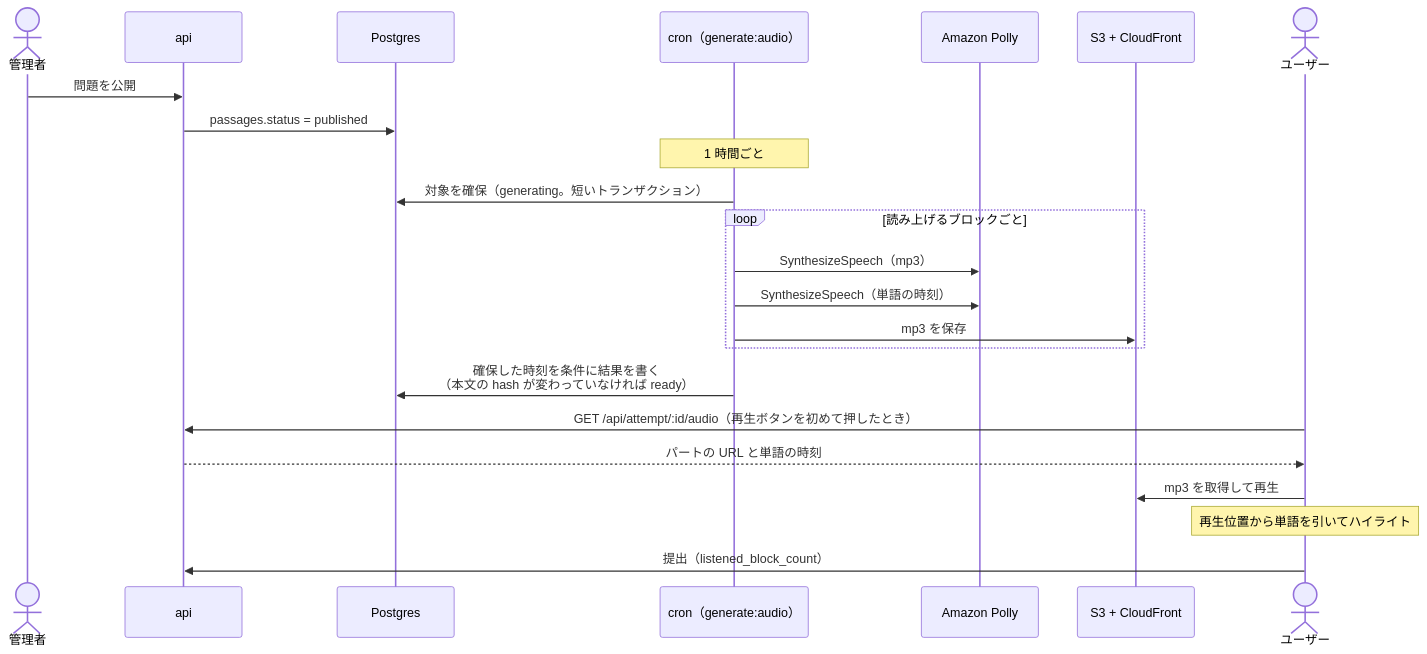
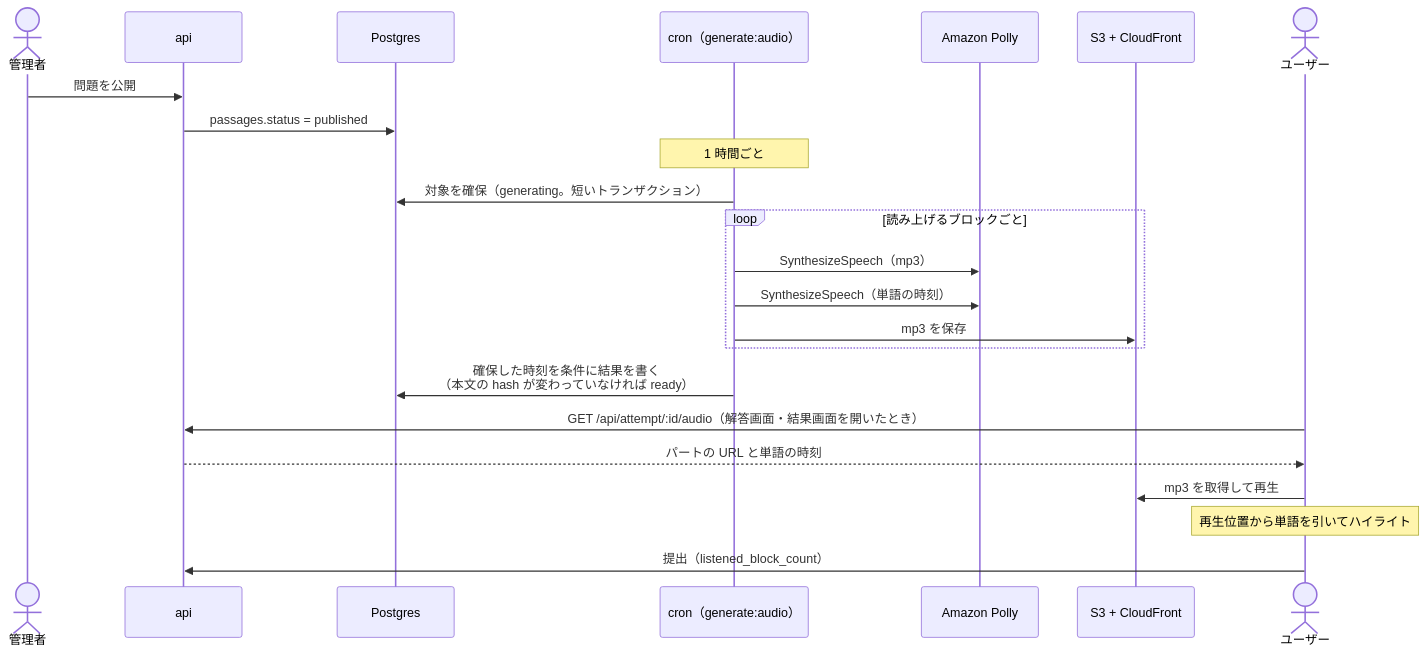
Before and after one commit to kentakki416/tech-english: the third of 3 diagrams in docs/spec/read-aloud/README.md, drawn with Mermaid. The commit also changed other lines of this file and 9 other files, not shown here.

````diff
--- a/docs/spec/read-aloud/README.md
+++ b/docs/spec/read-aloud/README.md
@@ -310,26 +565,26 @@
 ```mermaid
 sequenceDiagram
     actor Admin as 管理者
     participant API as api
     participant DB as Postgres
     participant Cron as cron（generate:audio）
     participant Polly as Amazon Polly
     participant S3 as S3 + CloudFront
     actor User as ユーザー
 
     Admin->>API: 問題を公開
     API->>DB: passages.status = published
     Note over Cron: 1 時間ごと
     Cron->>DB: 対象を確保（generating。短いトランザクション）
     loop 読み上げるブロックごと
         Cron->>Polly: SynthesizeSpeech（mp3）
         Cron->>Polly: SynthesizeSpeech（単語の時刻）
         Cron->>S3: mp3 を保存
     end
     Cron->>DB: 確保した時刻を条件に結果を書く<br/>（本文の hash が変わっていなければ ready）
-    User->>API: GET /api/attempt/:id/audio（再生ボタンを初めて押したとき）
+    User->>API: GET /api/attempt/:id/audio（解答画面・結果画面を開いたとき）
     API-->>User: パートの URL と単語の時刻
     User->>S3: mp3 を取得して再生
     Note over User: 再生位置から単語を引いてハイライト
     User->>API: 提出（listened_block_count）
 ```
````
